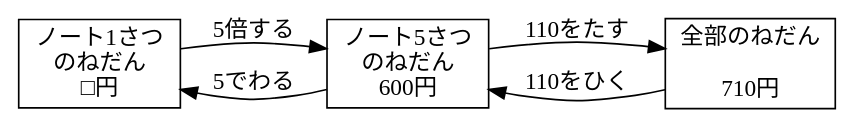
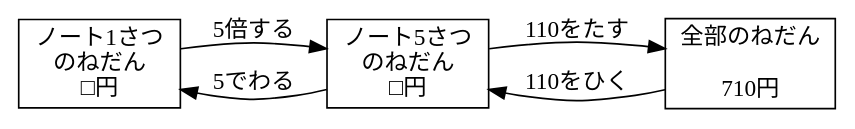
One commit to DCS-1-301-02/graph changed the fourth of 7 diagrams in sample.md. Above: the diagram before and after it, drawn with Graphviz. The commit also changed other lines of this file and 1 other file, not shown here.

Commit message:
delete "{code_block}" to adapt the change of markdown-preview-enhanced

````diff
--- a/sample.md
+++ b/sample.md
@@ -43,18 +43,18 @@
-```graphviz {code_block}
+```graphviz
 digraph {
     rankdir="LR";
     node [shape=box];
 
     Note1 [label="ノート1さつ\nのねだん\n□円"];
-    Note5 [label="ノート5さつ\nのねだん\n600円"];
+    Note5 [label="ノート5さつ\nのねだん\n□円"];
     Total [label="全部のねだん\n\n710円"];
     
     Note1 -> Note5 [label="5倍する"];
     Note1 -> Note5 [style=invis];
     Note5 -> Note1 [label="5でわる"];
 
     Note5-> Total [label="110をたす"];
     Note5-> Total [style=invis];
     Total -> Note5 [label="110をひく"];
 }
 ```
````
